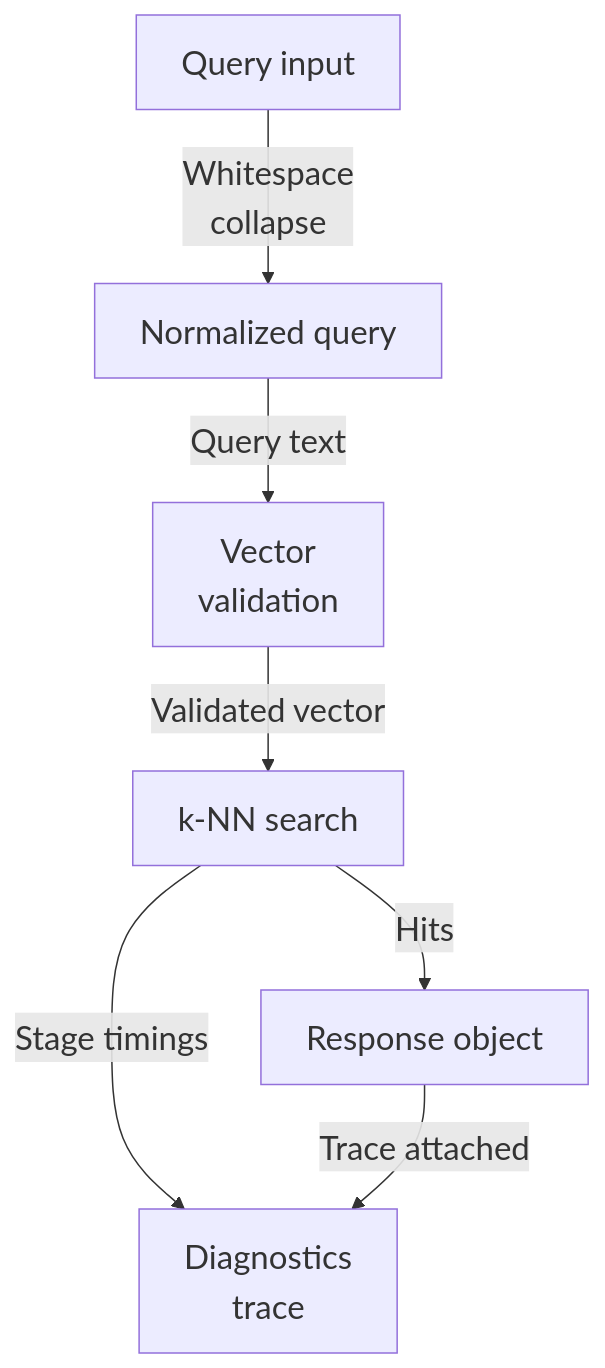
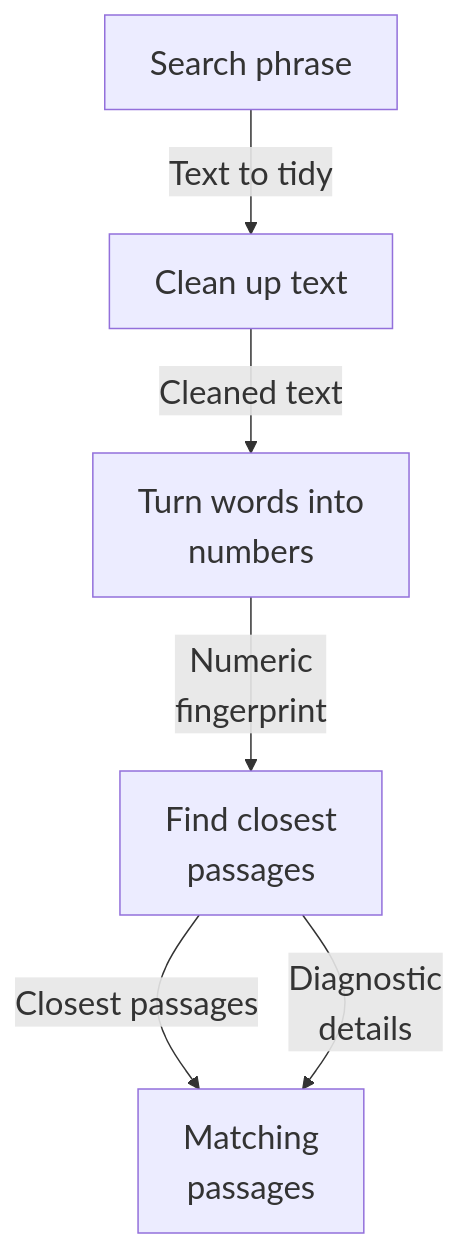
Before and after one commit to Justin-Mendoza/Afterclass: the first of 4 diagrams in maps/retrieval/README.md, drawn with Mermaid. The commit also changed other lines of this file and 91 other files, not shown here.

````diff
--- a/maps/retrieval/README.md
+++ b/maps/retrieval/README.md
@@ -66,16 +23,14 @@
 ```mermaid
 %%{init: {"themeVariables": {"fontSize": "22px"}}}%%
 flowchart TD
-  n0["Query input"]
-  n1["Normalized query"]
-  n2["Vector<br/>validation"]
-  n3["k-NN search"]
-  n4["Response object"]
-  n5["Diagnostics<br/>trace"]
-  n0 -->|"Whitespace<br/>collapse"| n1
-  n1 -->|"Query text"| n2
-  n2 -->|"Validated vector"| n3
-  n3 -->|"Hits"| n4
-  n3 -->|"Stage timings"| n5
-  n4 -->|"Trace attached"| n5
+  n0["Search phrase"]
+  n1["Clean up text"]
+  n2["Turn words into<br/>numbers"]
+  n3["Find closest<br/>passages"]
+  n4["Matching<br/>passages"]
+  n0 -->|"Text to tidy"| n1
+  n1 -->|"Cleaned text"| n2
+  n2 -->|"Numeric<br/>fingerprint"| n3
+  n3 -->|"Closest passages"| n4
+  n3 -->|"Diagnostic<br/>details"| n4
 ```
````
